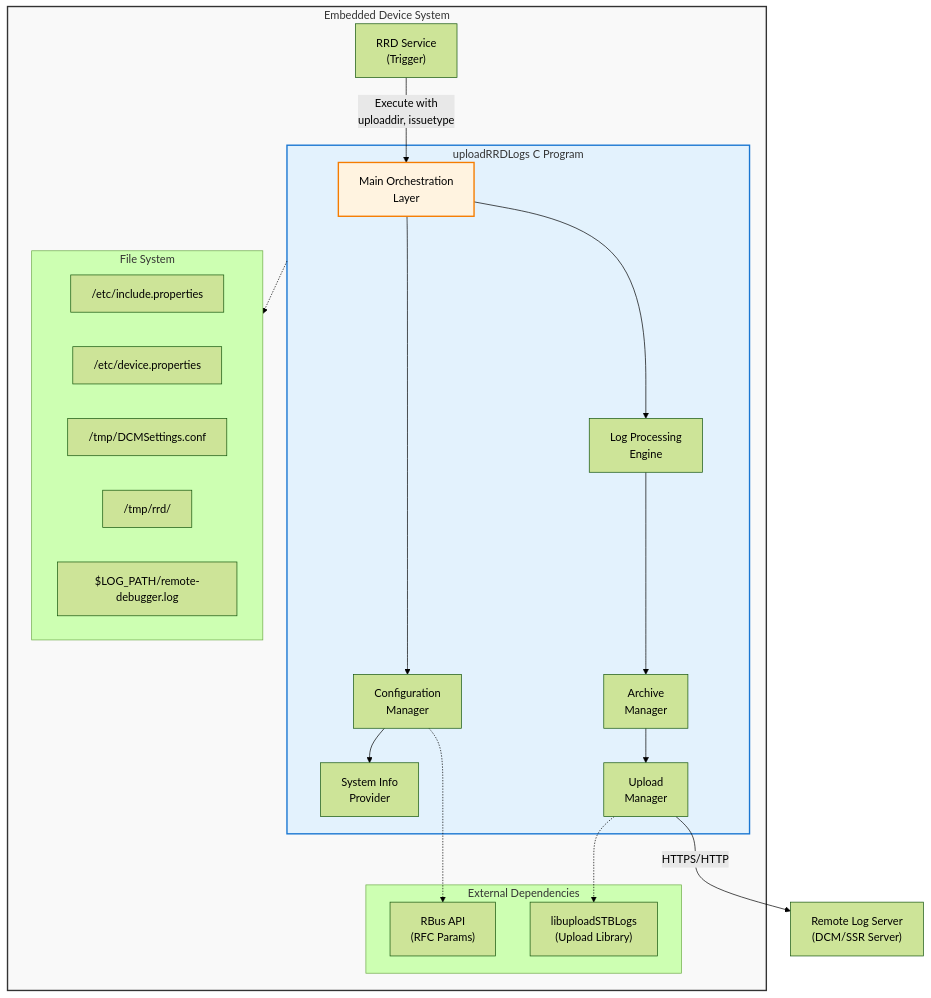
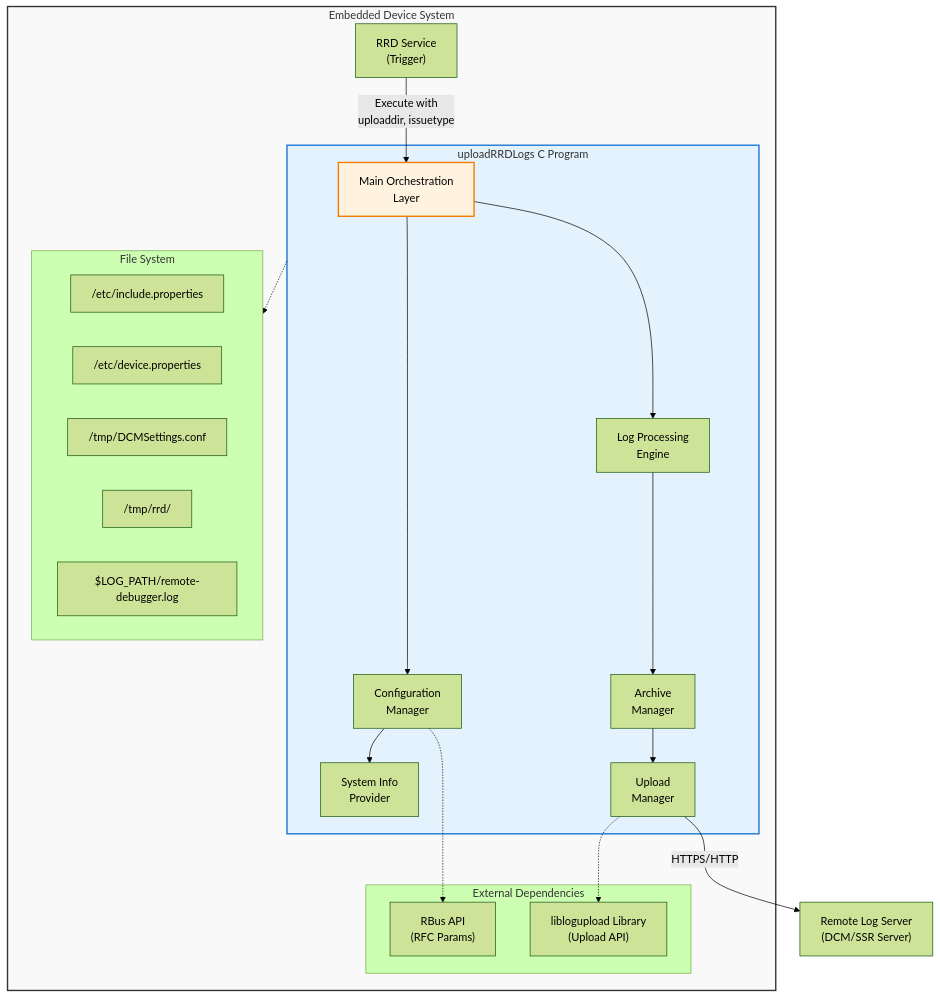
Before and after one commit to rdkcentral/remote_debugger: the first of 4 diagrams in docs/uploadRRDLogs_HLD.md, drawn with Mermaid (forest theme). The commit also changed other lines of this file, not shown here.

First line of the commit message:
Revise uploadRRDLogs HLD for library updates and CPU management

````diff
--- a/docs/uploadRRDLogs_HLD.md
+++ b/docs/uploadRRDLogs_HLD.md
@@ -18,45 +18,45 @@
 ```mermaid
 graph TB
     subgraph Device["Embedded Device System"]
         RRDService["RRD Service<br/>(Trigger)"]
         
         subgraph Program["uploadRRDLogs C Program"]
             Main["Main Orchestration<br/>Layer"]
             Config["Configuration<br/>Manager"]
             LogProc["Log Processing<br/>Engine"]
             SysInfo["System Info<br/>Provider"]
             Archive["Archive<br/>Manager"]
             Upload["Upload<br/>Manager"]
             
             Main --> Config
             Main --> LogProc
             Config --> SysInfo
             LogProc --> Archive
             Archive --> Upload
         end
         
         subgraph ExtDeps["External Dependencies"]
             RBus["RBus API<br/>(RFC Params)"]
-            UploadLib["libuploadSTBLogs<br/>(Upload Library)"]
+            LogUpload["liblogupload Library<br/>(Upload API)"]
         end
         
         subgraph FileSystem["File System"]
             Props1["/etc/include.properties"]
             Props2["/etc/device.properties"]
             DCM["/tmp/DCMSettings.conf"]
             WorkDir["/tmp/rrd/"]
             LogFile["$LOG_PATH/remote-debugger.log"]
         end
         
         RRDService -->|"Execute with<br/>uploaddir, issuetype"| Main
         Config -.-> RBus
-        Upload -.-> UploadLib
+        Upload -.-> LogUpload
         Program -.-> FileSystem
     end
     
     Upload -->|"HTTPS/HTTP"| RemoteServer["Remote Log Server<br/>(DCM/SSR Server)"]
     
     style Device fill:#f9f9f9,stroke:#333,stroke-width:2px
     style Program fill:#e3f2fd,stroke:#1976d2,stroke-width:2px
     style Main fill:#fff3e0,stroke:#f57c00,stroke-width:2px
 ```
````
